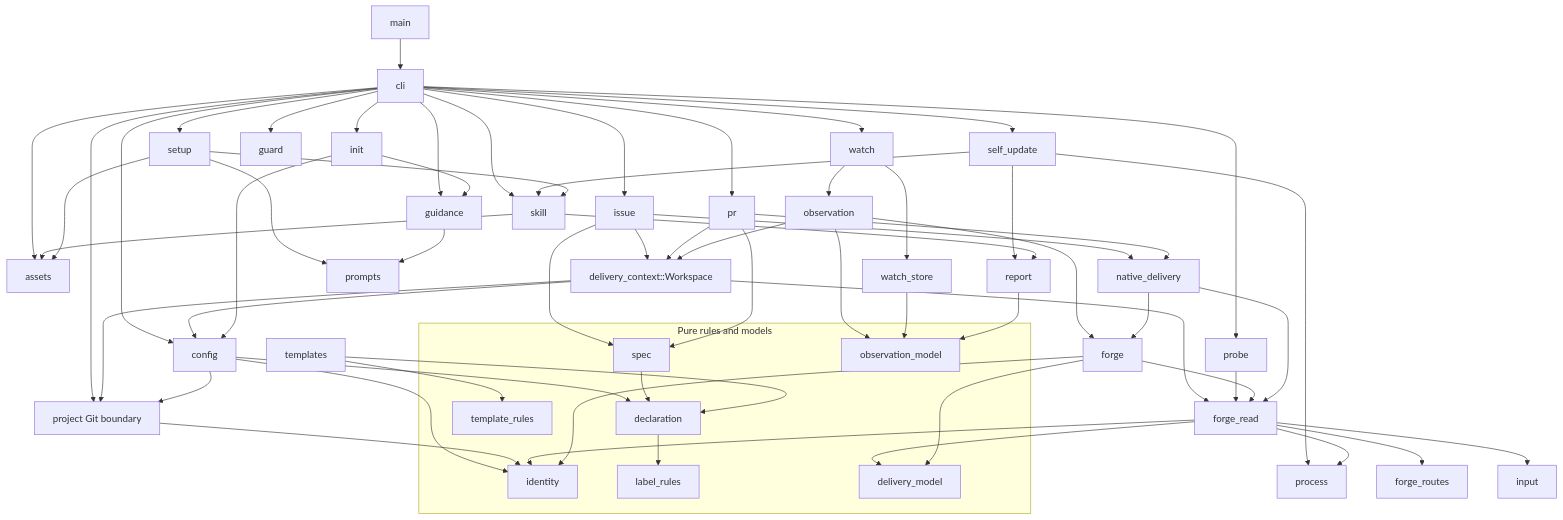
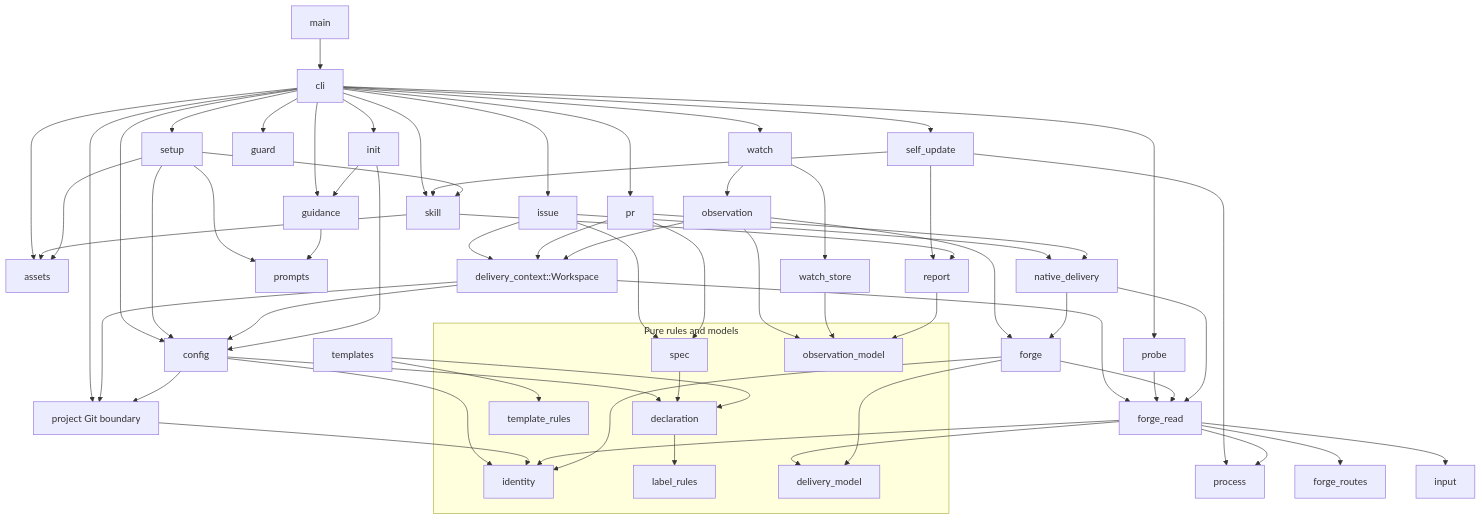
The diagram in docs/architecture.md (LeXwDeX/SpecGit), drawn with Mermaid before and after one commit. The commit also changed 6 other files, not shown here.

````diff
--- a/docs/architecture.md
+++ b/docs/architecture.md
@@ -39,77 +39,78 @@
 ```mermaid
 flowchart TD
   main --> cli
   cli --> init
   cli --> setup
   cli --> issue
   cli --> pr
   cli --> probe
   cli --> watch
   cli --> self_update
   cli --> skill
   cli --> assets
   cli --> guidance
   cli --> guard
   cli --> config
   cli --> project_git[project Git boundary]
   self_update --> process
   self_update --> report
   self_update --> skill
   skill --> assets
   skill --> report
   setup --> skill
+  setup --> config
 
   issue --> workspace[delivery_context::Workspace]
   pr --> workspace
   issue --> spec
   pr --> spec
   issue --> native_delivery
   pr --> native_delivery
   workspace --> config
   workspace --> project_git[project Git boundary]
   workspace --> forge_read
 
   init --> guidance
   init --> config
   setup --> prompts
   setup --> assets
   guidance --> prompts
   config --> declaration
   config --> identity
   config --> project_git
   project_git --> identity
   spec --> declaration
   templates --> declaration
   templates --> template_rules
   declaration --> label_rules
 
   probe --> forge_read
   watch --> observation
   watch --> watch_store
   observation --> workspace
   observation --> forge
   observation --> observation_model
   watch_store --> observation_model
   report --> observation_model
 
   forge_read --> forge_routes
   forge_read --> identity
   forge_read --> process
   forge_read --> input
   forge_read --> delivery_model
   forge --> forge_read
   forge --> identity
   forge --> delivery_model
   native_delivery --> forge
   native_delivery --> forge_read
 
   subgraph pure[Pure rules and models]
     declaration
     identity
     label_rules
     template_rules
     spec
     delivery_model
     observation_model
   end
 ```
````
